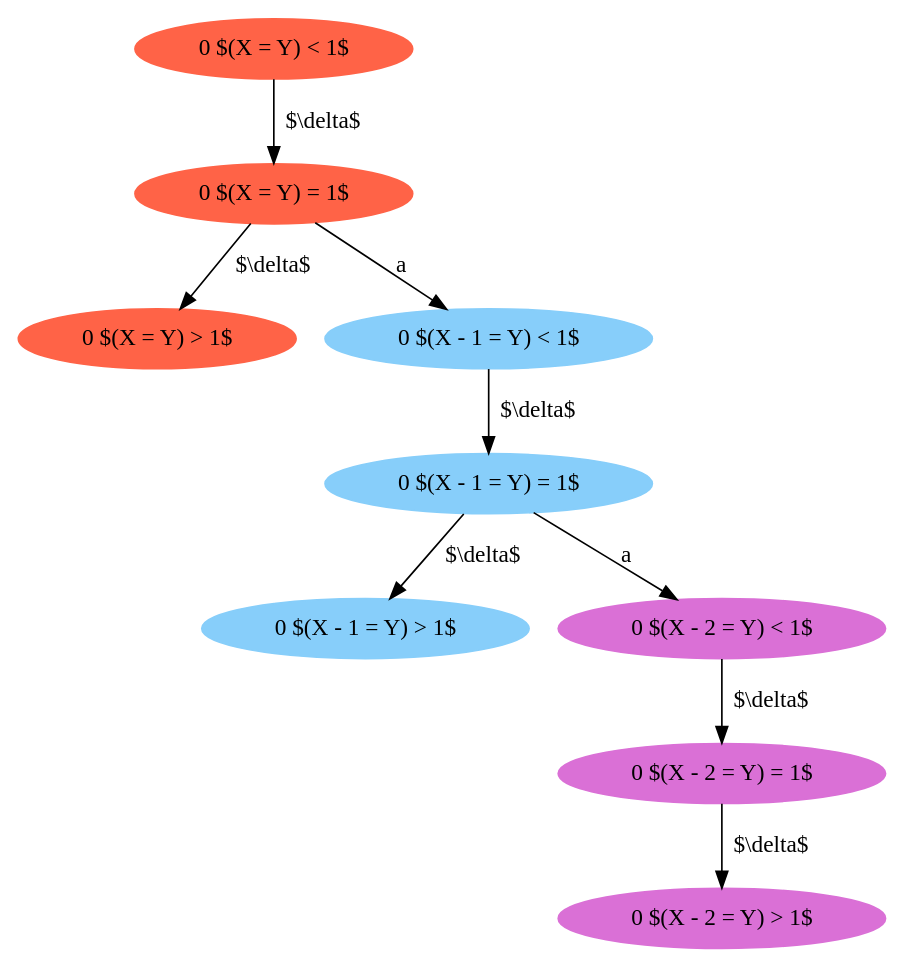
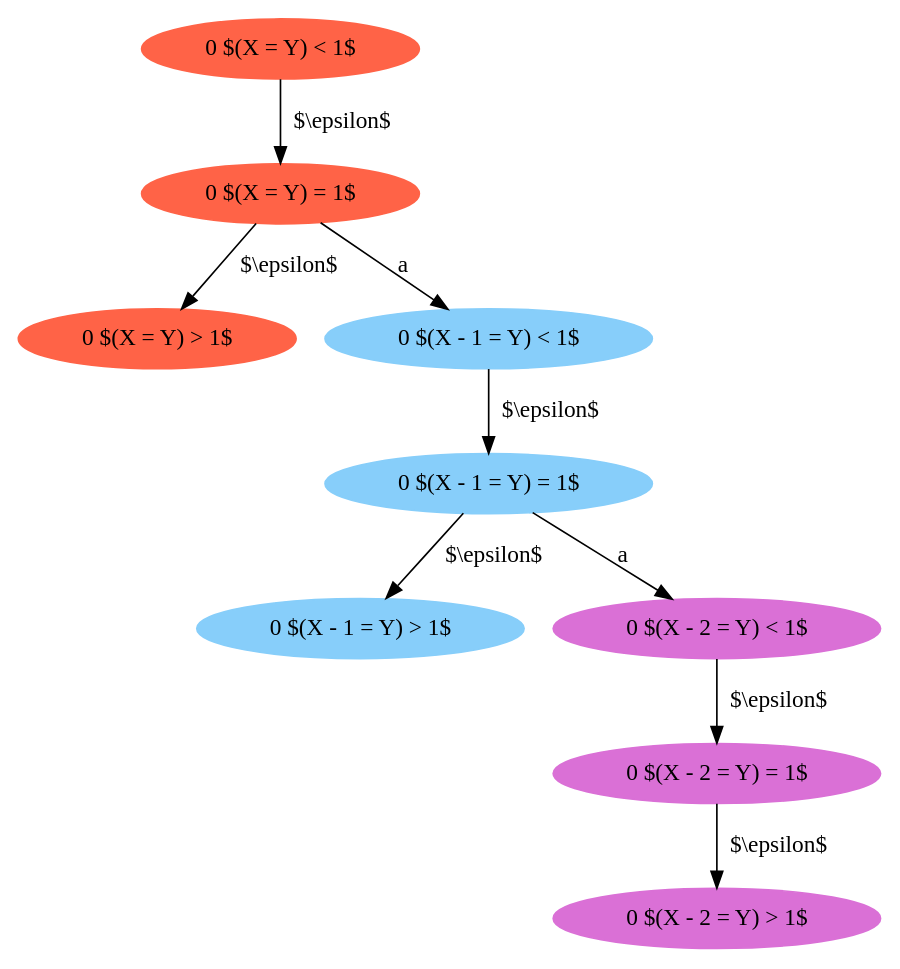
One commit to sguha100/bachelor-thesis changed the diagram in thesis/breaking2-zones03.dot. Above: the diagram before and after it, drawn with Graphviz. The commit also changed 5 other files, not shown here.

Commit message:
Changed the diagrams, added more content to the thesis.

```diff
--- a/thesis/breaking2-zones03.dot
+++ b/thesis/breaking2-zones03.dot
@@ -1,19 +1,19 @@
 digraph {
 "0 $(X = Y) < 1$" [style=filled,color=tomato];
 "0 $(X = Y) = 1$" [style=filled,color=tomato];
 "0 $(X = Y) > 1$" [style=filled,color=tomato];
 "0 $(X - 1 = Y) < 1$" [style=filled,color=lightskyblue];
 "0 $(X - 1 = Y) = 1$" [style=filled,color=lightskyblue];
 "0 $(X - 1 = Y) > 1$" [style=filled,color=lightskyblue];
 "0 $(X - 2 = Y) < 1$" [style=filled,color=orchid];
 "0 $(X - 2 = Y) = 1$" [style=filled,color=orchid];
 "0 $(X - 2 = Y) > 1$" [style=filled,color=orchid];
-"0 $(X = Y) < 1$" -> "0 $(X = Y) = 1$" [label = "$\\delta$"]
-"0 $(X = Y) = 1$" -> "0 $(X = Y) > 1$" [label = "$\\delta$"]
+"0 $(X = Y) < 1$" -> "0 $(X = Y) = 1$" [label = "$\\epsilon$"]
+"0 $(X = Y) = 1$" -> "0 $(X = Y) > 1$" [label = "$\\epsilon$"]
 "0 $(X = Y) = 1$" -> "0 $(X - 1 = Y) < 1$" [label = "a"]
-"0 $(X - 1 = Y) < 1$" -> "0 $(X - 1 = Y) = 1$" [label = "$\\delta$"]
-"0 $(X - 1 = Y) = 1$" -> "0 $(X - 1 = Y) > 1$" [label = "$\\delta$"]
+"0 $(X - 1 = Y) < 1$" -> "0 $(X - 1 = Y) = 1$" [label = "$\\epsilon$"]
+"0 $(X - 1 = Y) = 1$" -> "0 $(X - 1 = Y) > 1$" [label = "$\\epsilon$"]
 "0 $(X - 1 = Y) = 1$" -> "0 $(X - 2 = Y) < 1$" [label = "a"]
-"0 $(X - 2 = Y) < 1$" -> "0 $(X - 2 = Y) = 1$" [label = "$\\delta$"]
-"0 $(X - 2 = Y) = 1$" -> "0 $(X - 2 = Y) > 1$" [label = "$\\delta$"]
+"0 $(X - 2 = Y) < 1$" -> "0 $(X - 2 = Y) = 1$" [label = "$\\epsilon$"]
+"0 $(X - 2 = Y) = 1$" -> "0 $(X - 2 = Y) > 1$" [label = "$\\epsilon$"]
 }
```
